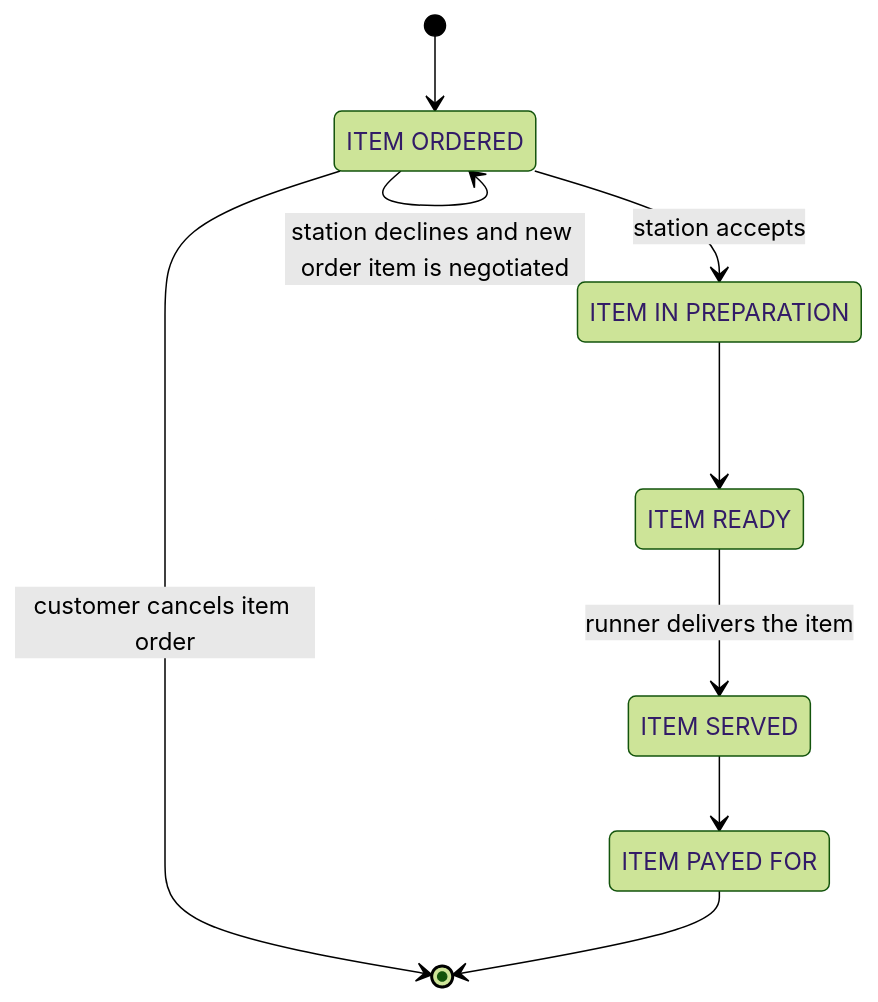
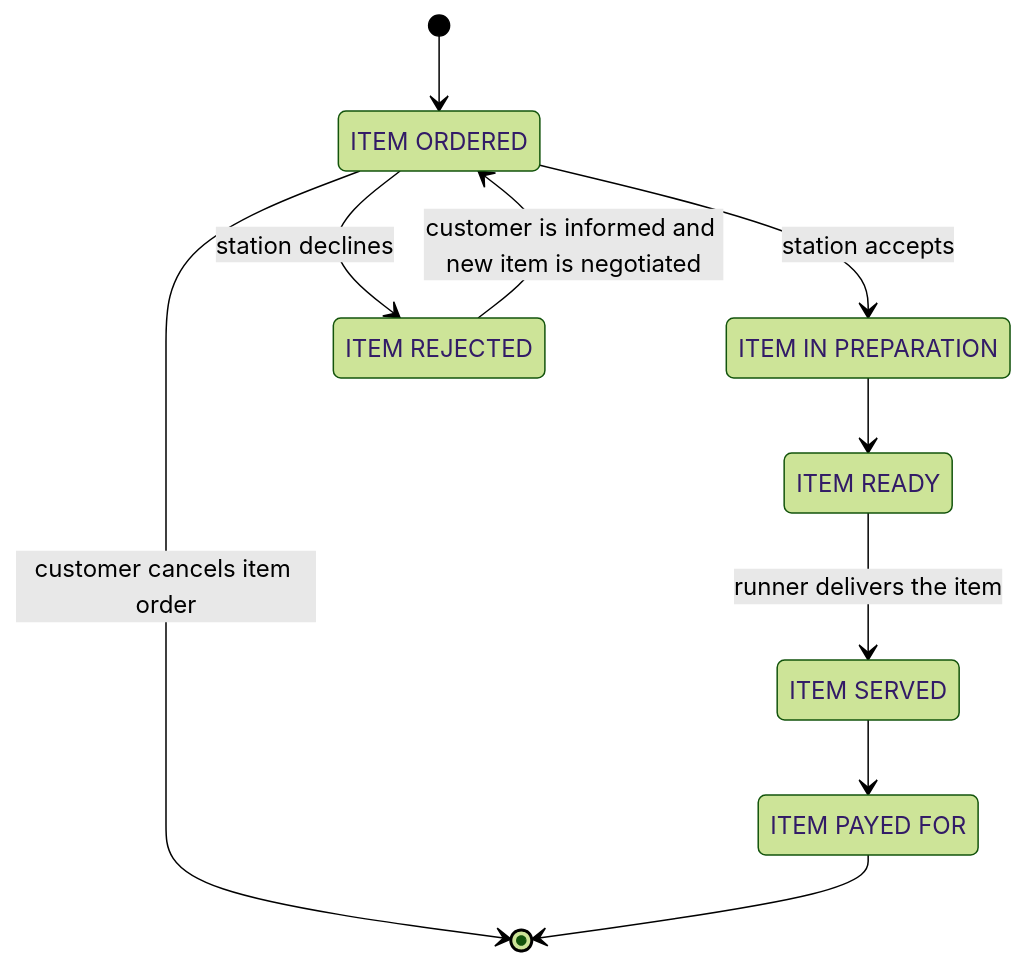
One commit to WildCodeSchool/2023-01-EN-Berlin-Remote2-Project3Planning changed the diagram in README.md. Above: the diagram before and after it, drawn with Mermaid (forest theme).

Commit message:
Added the 'rejected' state to the diagram

````diff
--- a/README.md
+++ b/README.md
@@ -77,17 +77,19 @@
 ```mermaid
 stateDiagram-v2
 state "ITEM ORDERED" as ordered
 state "ITEM IN PREPARATION" as prepared
 state "ITEM READY" as ready
 state "ITEM SERVED" as served
 state "ITEM PAYED FOR" as payed
+state "ITEM REJECTED" as rejected
 
 [*] --> ordered
 ordered --> prepared : station accepts
 ordered --> [*] : customer cancels item order
 prepared --> ready
 ready --> served : runner delivers the item
 served --> payed
 payed --> [*]
-ordered --> ordered : station declines and new order item is negotiated
+ordered --> rejected : station declines
+rejected --> ordered : customer is informed and new item is negotiated
 ```
````
